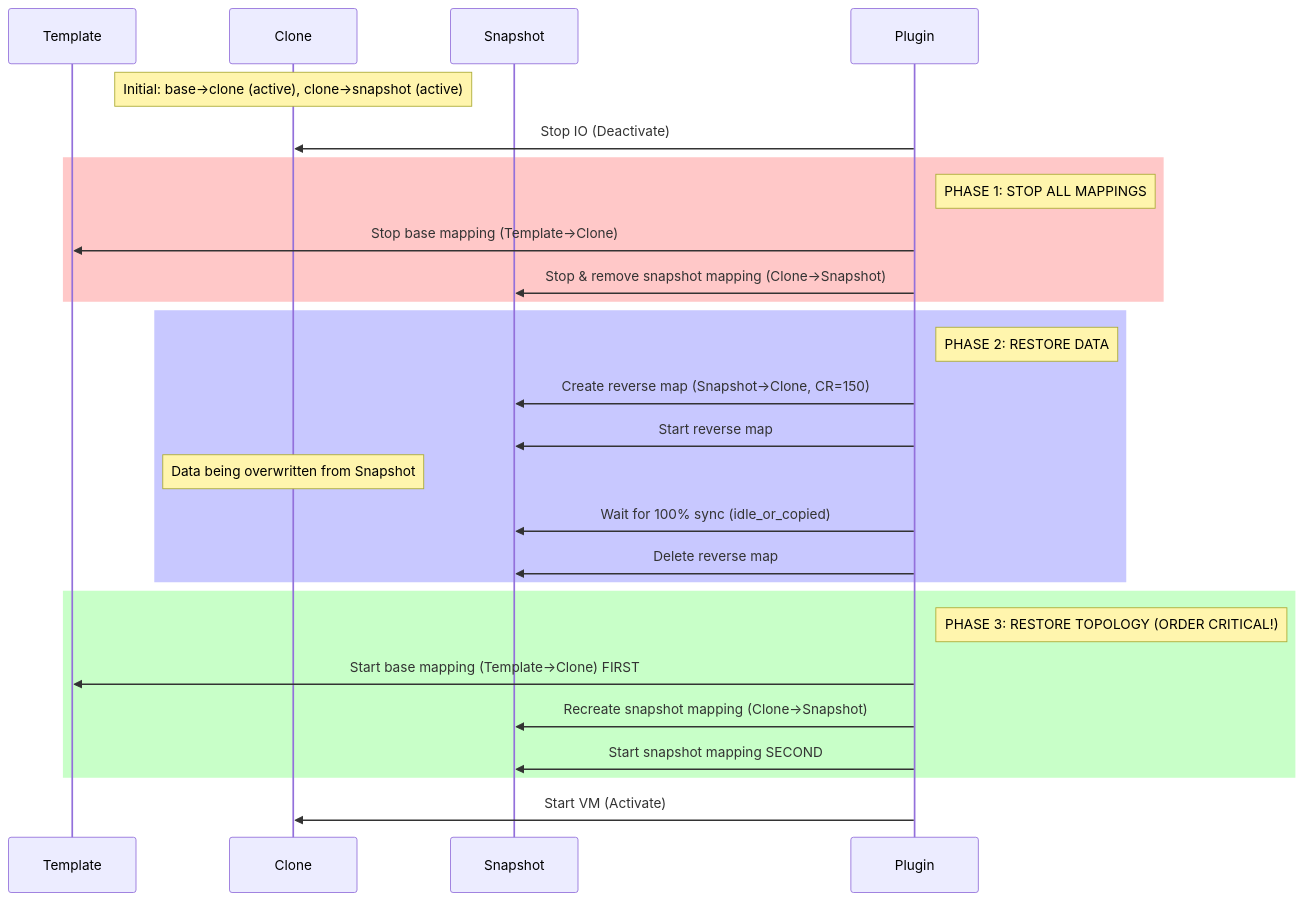
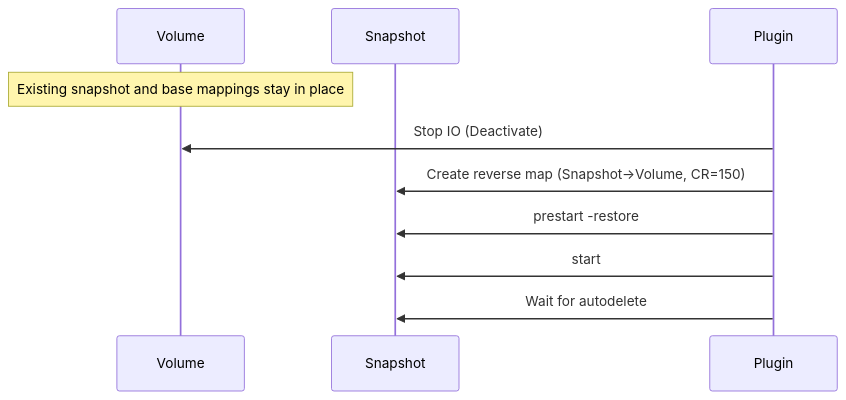
One commit to niakrisn/pve-ibm-flash-system-5x-fc changed the second of 2 diagrams in docs/flashcopy_architecture.md. Above: the diagram before and after it, drawn with Mermaid. The commit also changed other lines of this file and 31 other files, not shown here.

````diff
--- a/docs/flashcopy_architecture.md
+++ b/docs/flashcopy_architecture.md
@@ -122,35 +84,13 @@
 ```mermaid
 sequenceDiagram
-    participant Template
-    participant Clone
+    participant Volume
     participant Snapshot
     participant Plugin
 
-    Note over Clone: Initial: base→clone (active), clone→snapshot (active)
-
-    Plugin->>Clone: Stop IO (Deactivate)
-
-    rect rgb(255, 200, 200)
-    Note right of Plugin: PHASE 1: STOP ALL MAPPINGS
-    Plugin->>Template: Stop base mapping (Template→Clone)
-    Plugin->>Snapshot: Stop & remove snapshot mapping (Clone→Snapshot)
-    end
-
-    rect rgb(200, 200, 255)
-    Note right of Plugin: PHASE 2: RESTORE DATA
-    Plugin->>Snapshot: Create reverse map (Snapshot→Clone, CR=150)
-    Plugin->>Snapshot: Start reverse map
-    Note over Clone: Data being overwritten from Snapshot
-    Plugin->>Snapshot: Wait for 100% sync (idle_or_copied)
-    Plugin->>Snapshot: Delete reverse map
-    end
-
-    rect rgb(200, 255, 200)
-    Note right of Plugin: PHASE 3: RESTORE TOPOLOGY (ORDER CRITICAL!)
-    Plugin->>Template: Start base mapping (Template→Clone) FIRST
-    Plugin->>Snapshot: Recreate snapshot mapping (Clone→Snapshot)
-    Plugin->>Snapshot: Start snapshot mapping SECOND
-    end
-
-    Plugin->>Clone: Start VM (Activate)
+    Note over Volume: Existing snapshot and base mappings stay in place
+    Plugin->>Volume: Stop IO (Deactivate)
+    Plugin->>Snapshot: Create reverse map (Snapshot->Volume, CR=150)
+    Plugin->>Snapshot: prestart -restore
+    Plugin->>Snapshot: start
+    Plugin->>Snapshot: Wait for autodelete
 ```
````
